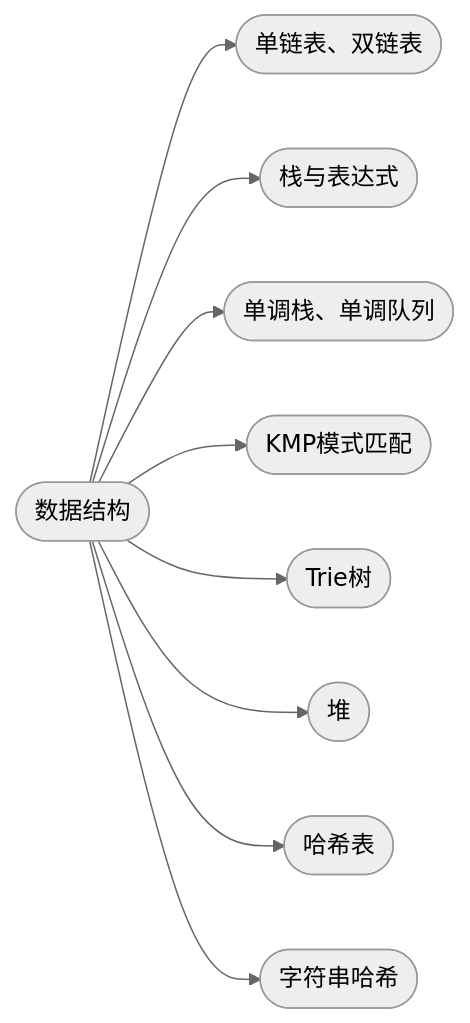
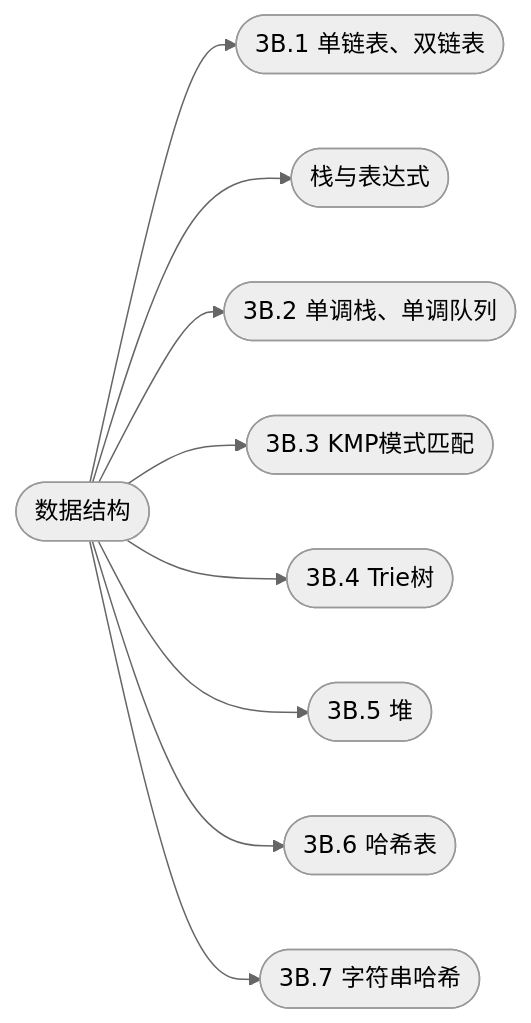
One commit to cuberxl/Coders-Note changed the diagram in 3B-数据结构/index.md. Above: the diagram before and after it, drawn with Mermaid (neutral theme). The commit also changed other lines of this file, not shown here.

````diff
--- a/3B-数据结构/index.md
+++ b/3B-数据结构/index.md
@@ -28,12 +28,12 @@
 ```mermaid
 flowchart LR
     R(["数据结构"])
-    R --> N1(["单链表、双链表"])
+    R --> N1(["3B.1 单链表、双链表"])
     R --> N2(["栈与表达式"])
-    R --> N3(["单调栈、单调队列"])
-    R --> N4(["KMP模式匹配"])
-    R --> N5(["Trie树"])
-    R --> N6(["堆"])
-    R --> N7(["哈希表"])
-    R --> N8(["字符串哈希"])
+    R --> N3(["3B.2 单调栈、单调队列"])
+    R --> N43(["3B.3 KMP模式匹配"])
+    R --> N54(["3B.4 Trie树"])
+    R --> N65(["3B.5 堆"])
+    R --> N76(["3B.6 哈希表"])
+    R --> N87(["3B.7 字符串哈希"])
 ```
````
